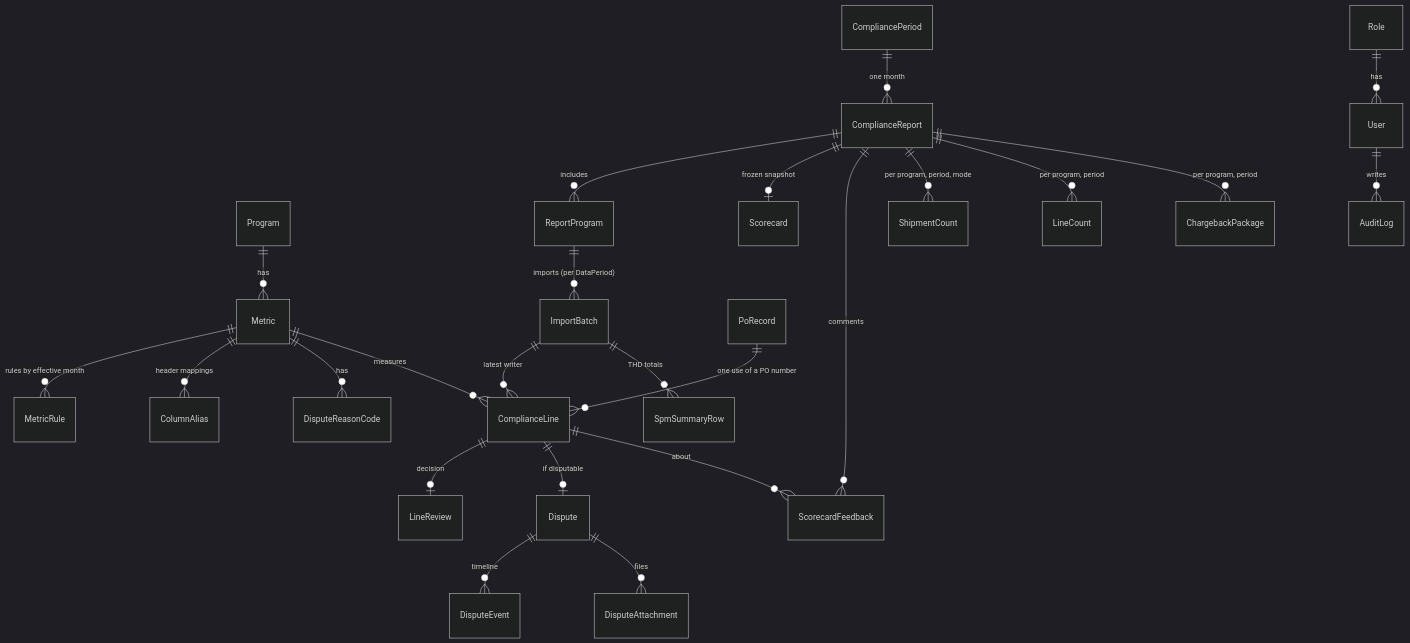
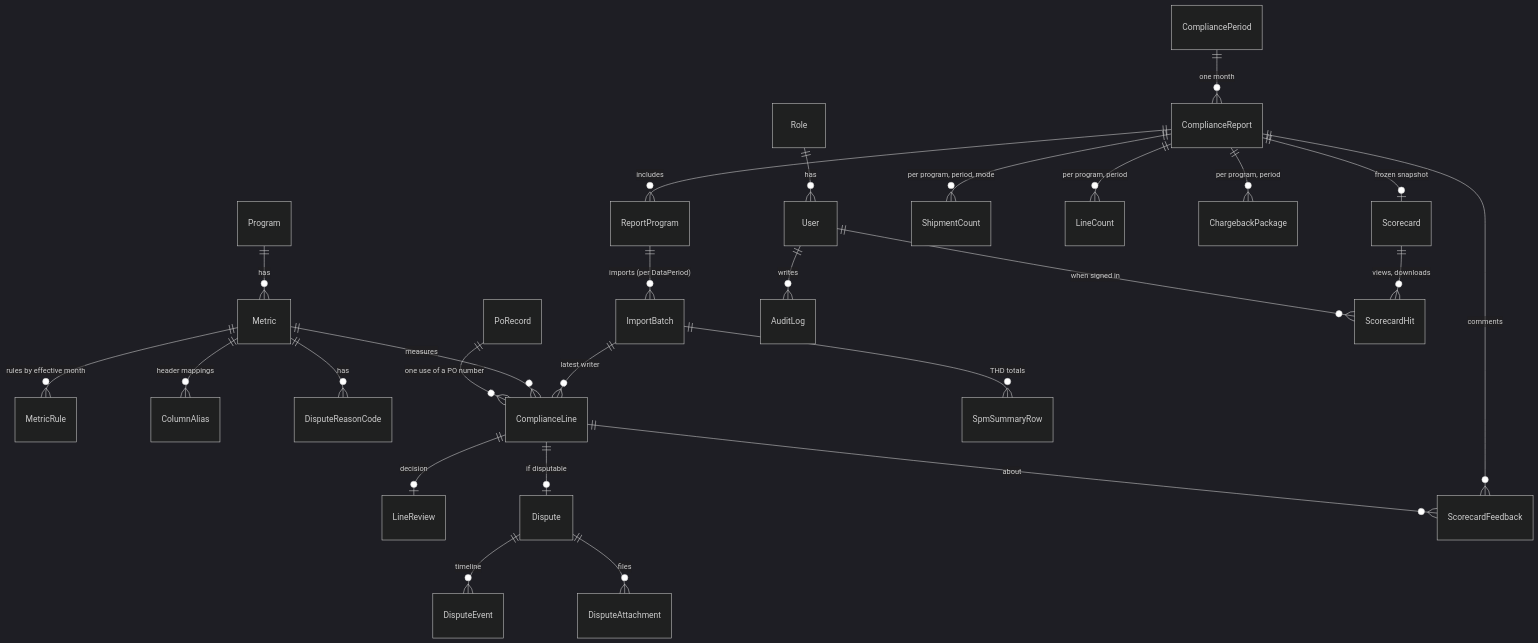
Before and after one commit to jonbrulotte-arch/home-depot-complaince-management-platform: the second of 5 diagrams in docs/technical-design.md, drawn with Mermaid (dark theme). The commit also changed other lines of this file and 35 other files, not shown here.

````diff
--- a/docs/technical-design.md
+++ b/docs/technical-design.md
@@ -152,26 +152,28 @@
 ```mermaid
 erDiagram
   Program ||--o{ Metric : has
   Metric ||--o{ MetricRule : "rules by effective month"
   Metric ||--o{ ColumnAlias : "header mappings"
   Metric ||--o{ DisputeReasonCode : has
   CompliancePeriod ||--o{ ComplianceReport : "one month"
   ComplianceReport ||--o{ ReportProgram : includes
   ReportProgram ||--o{ ImportBatch : "imports (per DataPeriod)"
   ImportBatch ||--o{ ComplianceLine : "latest writer"
   ImportBatch ||--o{ SpmSummaryRow : "THD totals"
   Metric ||--o{ ComplianceLine : measures
   PoRecord ||--o{ ComplianceLine : "one use of a PO number"
   ComplianceLine ||--o| LineReview : decision
   ComplianceLine ||--o| Dispute : "if disputable"
   Dispute ||--o{ DisputeEvent : timeline
   Dispute ||--o{ DisputeAttachment : files
   ComplianceReport ||--o| Scorecard : "frozen snapshot"
   ComplianceReport ||--o{ ScorecardFeedback : comments
   ComplianceLine ||--o{ ScorecardFeedback : about
   ComplianceReport ||--o{ ShipmentCount : "per program, period, mode"
   ComplianceReport ||--o{ LineCount : "per program, period"
   ComplianceReport ||--o{ ChargebackPackage : "per program, period"
   Role ||--o{ User : has
   User ||--o{ AuditLog : writes
+  Scorecard ||--o{ ScorecardHit : "views, downloads"
+  User ||--o{ ScorecardHit : "when signed in"
 ```
````
